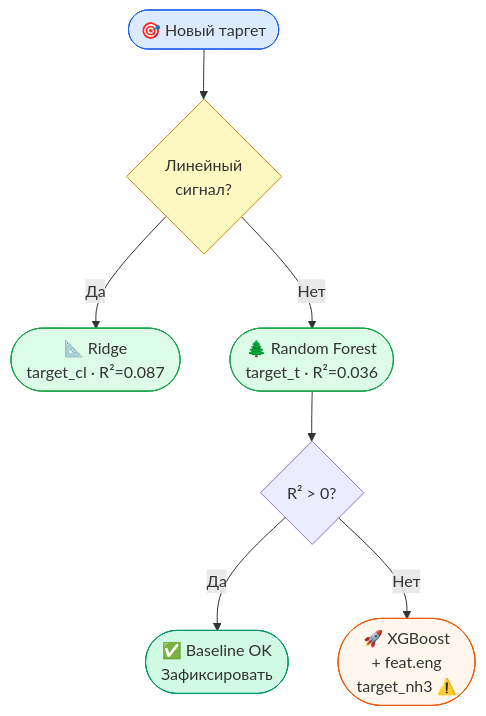
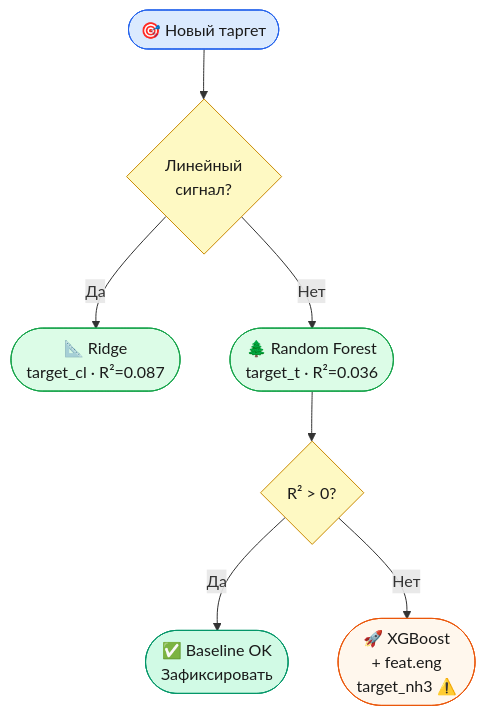
Before and after one commit to Misha-42/soda-ml-carbonation-control: the seventh of 7 diagrams in README.md, drawn with Mermaid. The commit also changed other lines of this file, not shown here.

````diff
--- a/README.md
+++ b/README.md
@@ -187,16 +187,17 @@
 ```mermaid
 graph TD
     A([🎯 Новый таргет]) --> B{Линейный\nсигнал?}
     B -->|Да| C([📐 Ridge\ntarget_cl · R²=0.087])
     B -->|Нет| D([🌲 Random Forest\ntarget_t · R²=0.036])
     D --> E{R² > 0?}
     E -->|Да| F([✅ Baseline OK\nЗафиксировать])
     E -->|Нет| G([🚀 XGBoost\n+ feat.eng\ntarget_nh3 ⚠️])
 
-    style A fill:#dbeafe,stroke:#2563eb
-    style B fill:#fef9c3,stroke:#ca8a04
-    style C fill:#dcfce7,stroke:#16a34a
-    style D fill:#dcfce7,stroke:#16a34a
-    style F fill:#d1fae5,stroke:#059669
-    style G fill:#fff7ed,stroke:#ea580c
+    style A fill:#dbeafe,stroke:#2563eb,color:#1a1a1a
+    style B fill:#fef9c3,stroke:#ca8a04,color:#1a1a1a
+    style C fill:#dcfce7,stroke:#16a34a,color:#1a1a1a
+    style D fill:#dcfce7,stroke:#16a34a,color:#1a1a1a
+    style E fill:#fef9c3,stroke:#ca8a04,color:#1a1a1a
+    style F fill:#d1fae5,stroke:#059669,color:#1a1a1a
+    style G fill:#fff7ed,stroke:#ea580c,color:#1a1a1a
 ```
````
